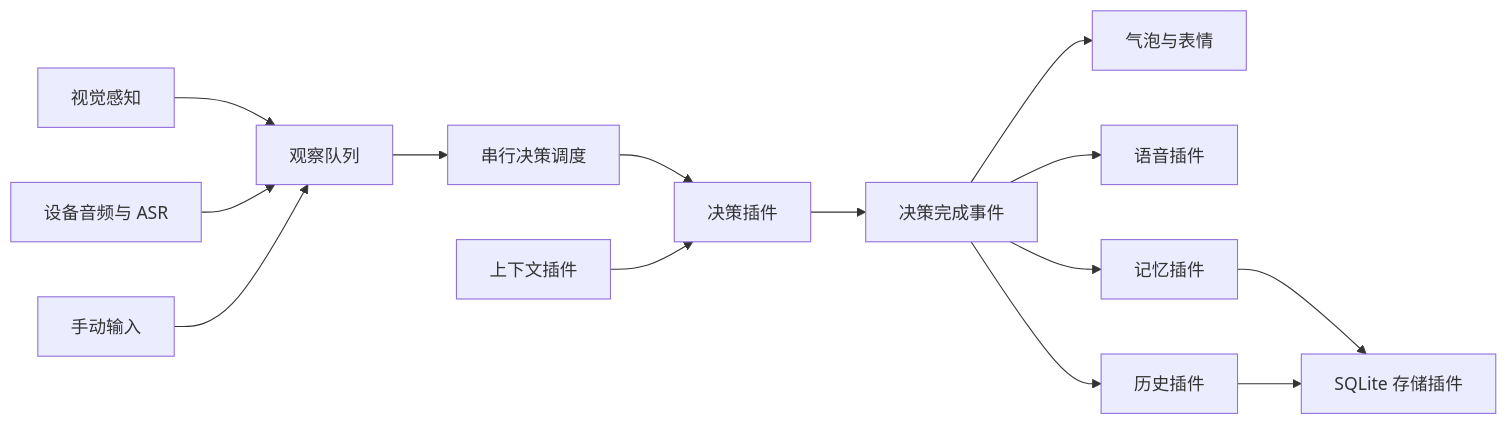
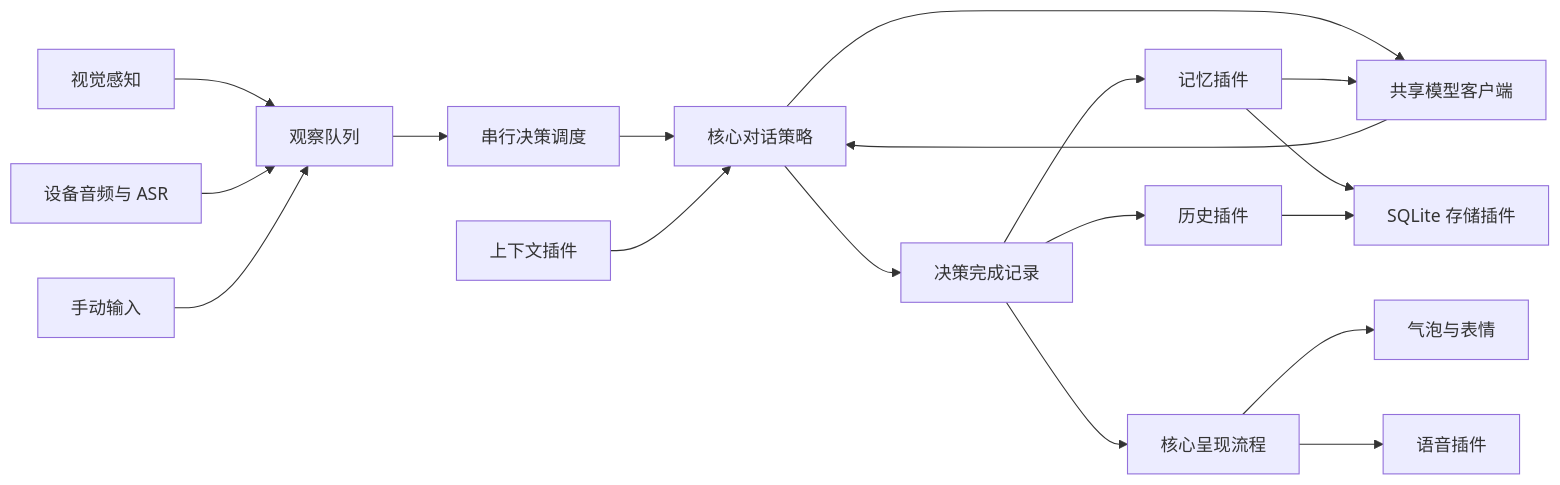
The diagram in README.md (thebeet/mylive2dpet), drawn with Mermaid before and after one commit. The commit also changed other lines of this file and 64 other files, not shown here.

````diff
--- a/README.md
+++ b/README.md
@@ -310,16 +353,20 @@
 ```mermaid
 flowchart LR
     Screen[视觉感知] --> Queue[观察队列]
     Audio[设备音频与 ASR] --> Queue
     Manual[手动输入] --> Queue
     Queue --> Scheduler[串行决策调度]
-    Scheduler --> AI[决策插件]
+    Scheduler --> AI[核心对话策略]
     Context[上下文插件] --> AI
-    AI --> Result[决策完成事件]
-    Result --> Bubble[气泡与表情]
-    Result --> TTS[语音插件]
+    AI --> Model[共享模型客户端]
+    Model --> AI
+    AI --> Result[决策完成记录]
     Result --> Memory[记忆插件]
     Result --> History[历史插件]
+    Result --> Present[核心呈现流程]
+    Present --> Bubble[气泡与表情]
+    Present --> TTS[语音插件]
+    Memory --> Model
     Memory --> SQLite[SQLite 存储插件]
     History --> SQLite
 ```
````
